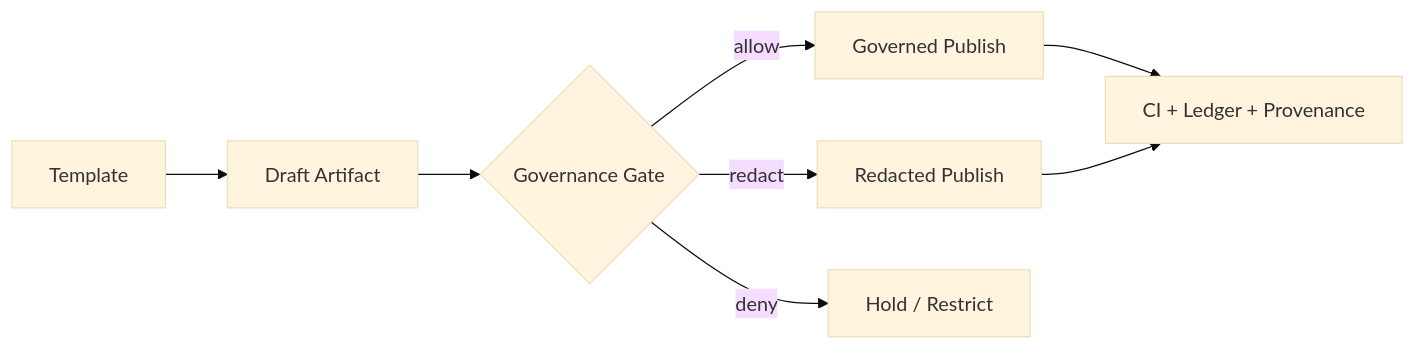
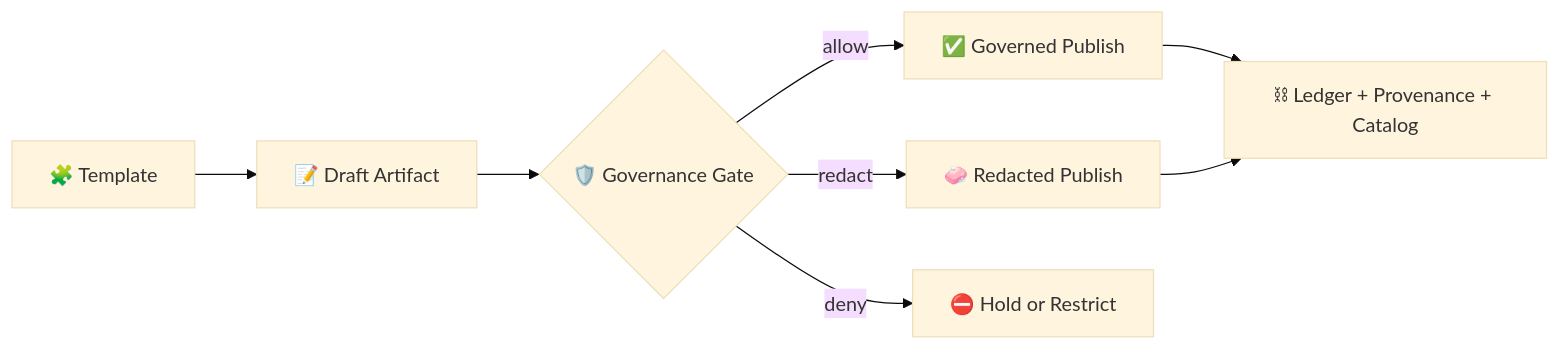
One commit to bartytime4life/Kansas-Frontier-Matrix changed the second of 2 diagrams in mcp/templates/README.md. Above: the diagram before and after it, drawn with Mermaid (base theme). The commit also changed other lines of this file, not shown here.

````diff
--- a/mcp/templates/README.md
+++ b/mcp/templates/README.md
@@ -406,10 +577,10 @@
 ```mermaid
 flowchart LR
-A[Template] --> B[Draft Artifact]
-B --> C{Governance Gate}
-C -->|allow| D[Governed Publish]
-C -->|redact| E[Redacted Publish]
-C -->|deny| F[Hold / Restrict]
-D --> G[CI + Ledger + Provenance]
-E --> G
+  T[🧩 Template] --> D[📝 Draft Artifact]
+  D --> G{🛡️ Governance Gate}
+  G -->|allow| P[✅ Governed Publish]
+  G -->|redact| R[🧼 Redacted Publish]
+  G -->|deny| H[⛔ Hold or Restrict]
+  P --> L[⛓ Ledger + Provenance + Catalog]
+  R --> L
 ```
````
